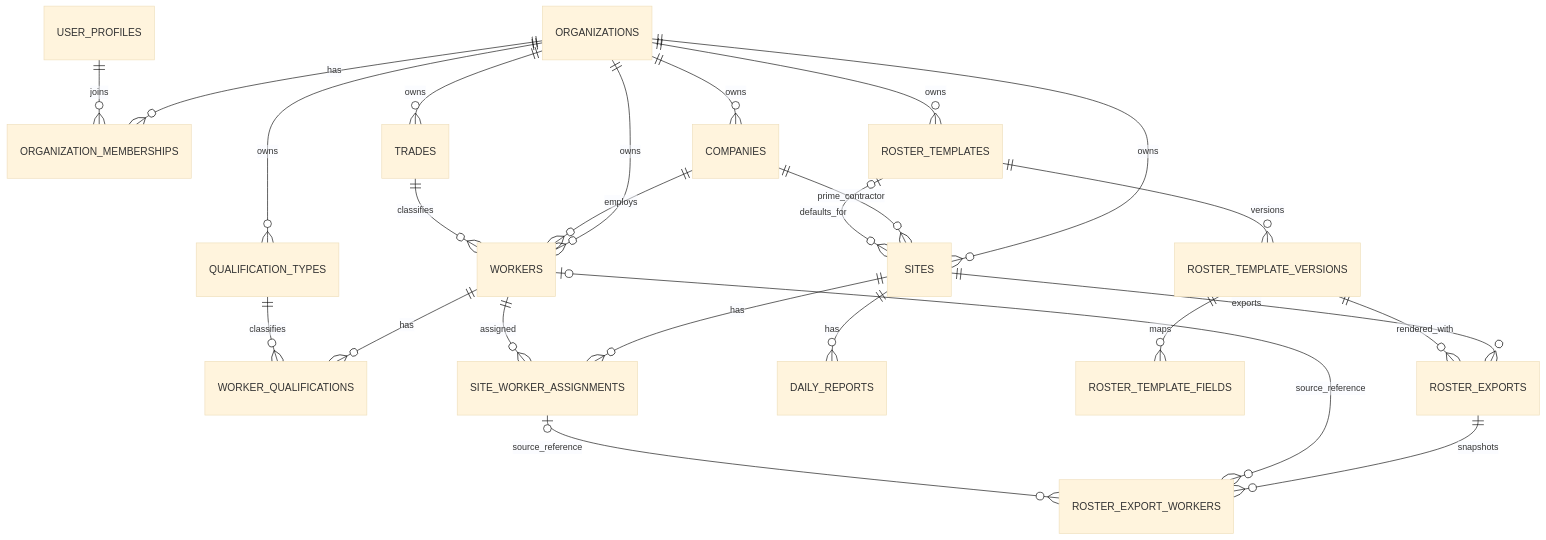
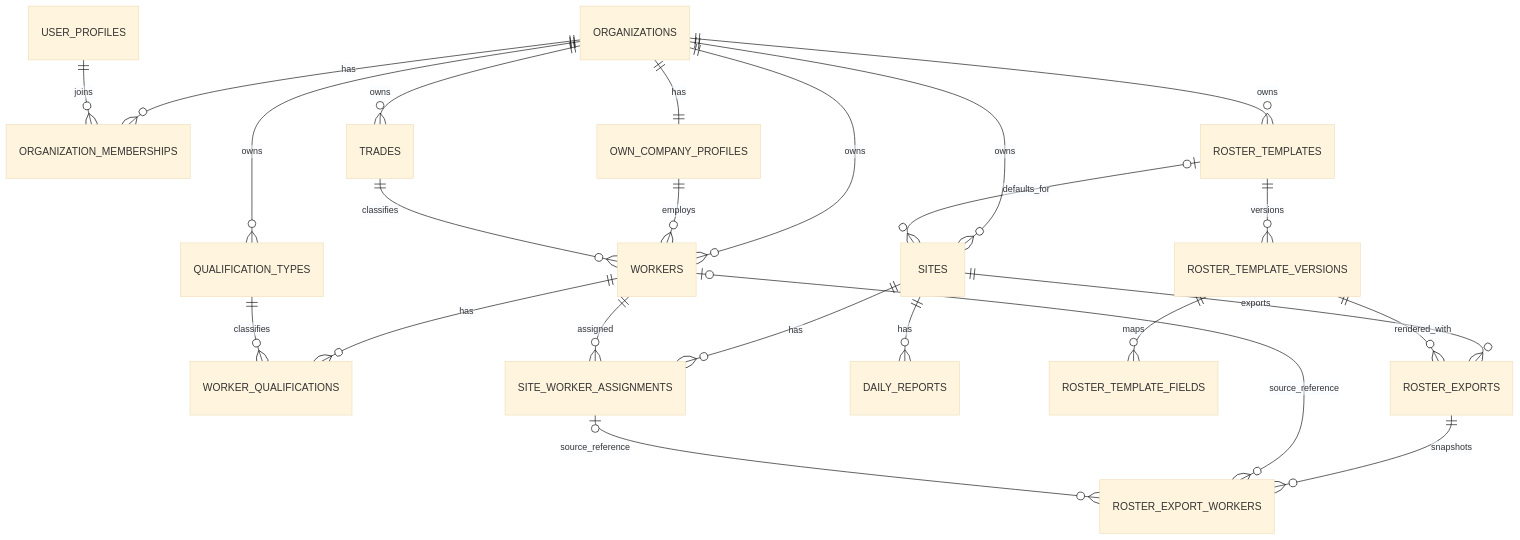
Before and after one commit to ryo065492-cpu/ap-checker-pwa: the diagram in docs/ARCHITECTURE_AUDIT_JA.md, drawn with Mermaid (base theme). The commit also changed other lines of this file and 4 other files, not shown here.

````diff
--- a/docs/ARCHITECTURE_AUDIT_JA.md
+++ b/docs/ARCHITECTURE_AUDIT_JA.md
@@ -259,27 +263,26 @@
 ```mermaid
 erDiagram
     ORGANIZATIONS ||--o{ ORGANIZATION_MEMBERSHIPS : has
     USER_PROFILES ||--o{ ORGANIZATION_MEMBERSHIPS : joins
-    ORGANIZATIONS ||--o{ COMPANIES : owns
+    ORGANIZATIONS ||--|| OWN_COMPANY_PROFILES : has
     ORGANIZATIONS ||--o{ TRADES : owns
     ORGANIZATIONS ||--o{ QUALIFICATION_TYPES : owns
     ORGANIZATIONS ||--o{ ROSTER_TEMPLATES : owns
     ORGANIZATIONS ||--o{ WORKERS : owns
     ORGANIZATIONS ||--o{ SITES : owns
-    COMPANIES ||--o{ WORKERS : employs
-    COMPANIES ||--o{ SITES : prime_contractor
+    OWN_COMPANY_PROFILES ||--o{ WORKERS : employs
     TRADES ||--o{ WORKERS : classifies
     WORKERS ||--o{ WORKER_QUALIFICATIONS : has
     QUALIFICATION_TYPES ||--o{ WORKER_QUALIFICATIONS : classifies
     SITES ||--o{ SITE_WORKER_ASSIGNMENTS : has
     WORKERS ||--o{ SITE_WORKER_ASSIGNMENTS : assigned
     SITES ||--o{ DAILY_REPORTS : has
     ROSTER_TEMPLATES ||--o{ ROSTER_TEMPLATE_VERSIONS : versions
     ROSTER_TEMPLATE_VERSIONS ||--o{ ROSTER_TEMPLATE_FIELDS : maps
     ROSTER_TEMPLATES o|--o{ SITES : defaults_for
     SITES ||--o{ ROSTER_EXPORTS : exports
     ROSTER_TEMPLATE_VERSIONS ||--o{ ROSTER_EXPORTS : rendered_with
     ROSTER_EXPORTS ||--o{ ROSTER_EXPORT_WORKERS : snapshots
     WORKERS o|--o{ ROSTER_EXPORT_WORKERS : source_reference
     SITE_WORKER_ASSIGNMENTS o|--o{ ROSTER_EXPORT_WORKERS : source_reference
 ```
````
